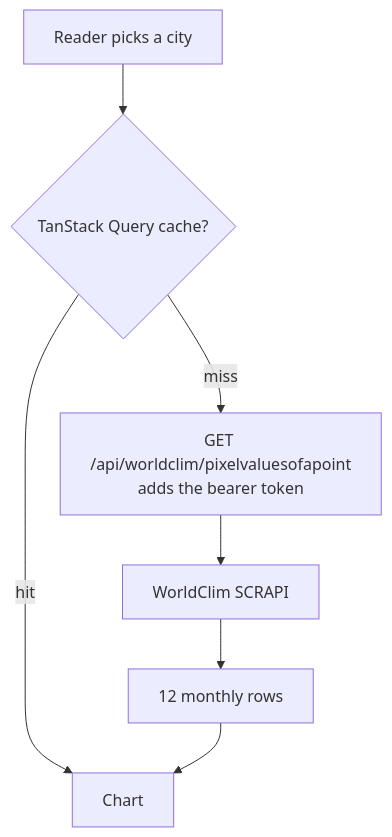
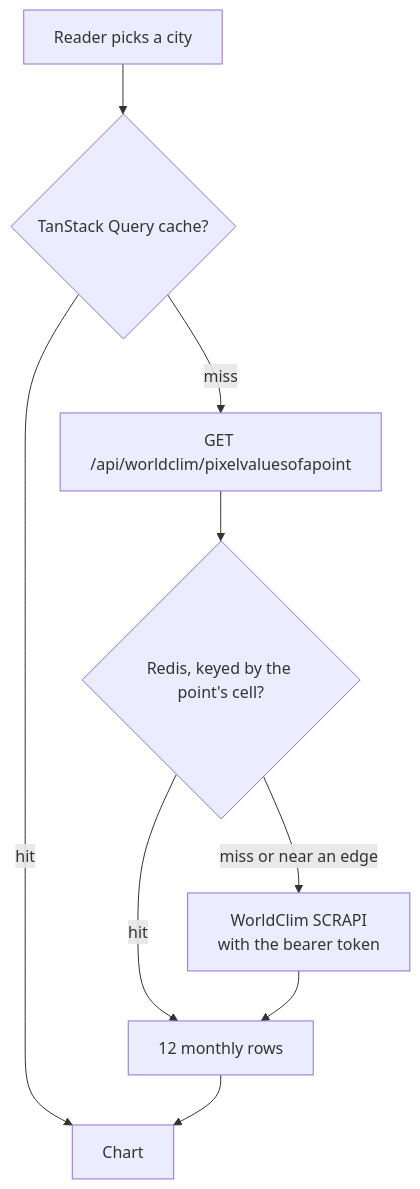
The third of 3 diagrams in docs/architecture.md (ClimaticaHQ/climatica-nextjs), drawn with Mermaid before and after one commit. The commit also changed other lines of this file and 76 other files, not shown here.

````diff
--- a/docs/architecture.md
+++ b/docs/architecture.md
@@ -110,9 +132,11 @@
 ```mermaid
 flowchart TD
   pick["Reader picks a city"] --> browser{"TanStack Query cache?"}
   browser -- hit --> chart["Chart"]
-  browser -- miss --> route["GET /api/worldclim/pixelvaluesofapoint<br/>adds the bearer token"]
-  route --> scrapi["WorldClim SCRAPI"]
-  scrapi --> rows["12 monthly rows"]
+  browser -- miss --> route["GET /api/worldclim/pixelvaluesofapoint"]
+  route --> redis{"Redis, keyed by the point's cell?"}
+  redis -- hit --> rows["12 monthly rows"]
+  redis -- "miss or near an edge" --> scrapi["WorldClim SCRAPI<br/>with the bearer token"]
+  scrapi --> rows
   rows --> chart
 ```
````
